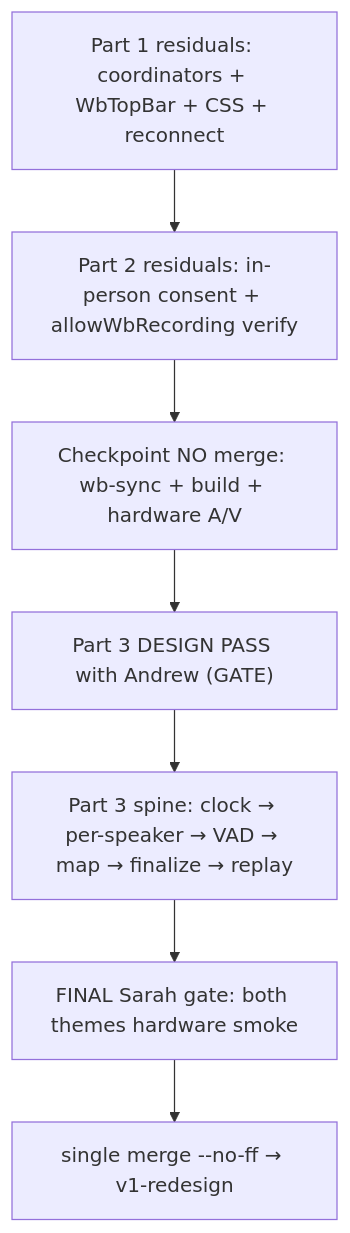
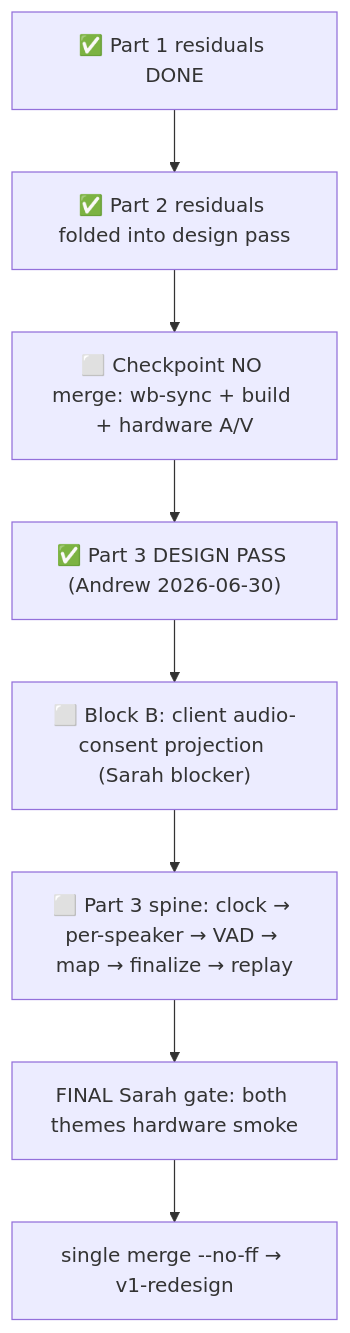
Before and after one commit to Arangarx/tutoring-notes: the diagram in docs/handoff/ORCHESTRATOR-STATE.md, drawn with Mermaid. The commit also changed other lines of this file and 1 other file, not shown here.

Commit message:
docs(design-pass): ratify Part 3 (C1-C5) + disconnect-pause + Block B client audio-consent gate (Sarah-merge blocker); design-pass gate approved

````diff
--- a/docs/handoff/ORCHESTRATOR-STATE.md
+++ b/docs/handoff/ORCHESTRATOR-STATE.md
@@ -62,9 +62,10 @@
 ```mermaid
 flowchart TD
-  P1R["Part 1 residuals: coordinators + WbTopBar + CSS + reconnect"] --> P2R["Part 2 residuals: in-person consent + allowWbRecording verify"]
-  P2R --> CP["Checkpoint NO merge: wb-sync + build + hardware A/V"]
-  CP --> P3D["Part 3 DESIGN PASS with Andrew (GATE)"]
-  P3D --> P3["Part 3 spine: clock → per-speaker → VAD → map → finalize → replay"]
+  P1R["✅ Part 1 residuals DONE"] --> P2R["✅ Part 2 residuals folded into design pass"]
+  P2R --> CP["⬜ Checkpoint NO merge: wb-sync + build + hardware A/V"]
+  CP --> P3D["✅ Part 3 DESIGN PASS (Andrew 2026-06-30)"]
+  P3D --> P3B["⬜ Block B: client audio-consent projection (Sarah blocker)"]
+  P3B --> P3["⬜ Part 3 spine: clock → per-speaker → VAD → map → finalize → replay"]
   P3 --> GATE["FINAL Sarah gate: both themes hardware smoke"]
   GATE --> MERGE["single merge --no-ff → v1-redesign"]
 ```
````
